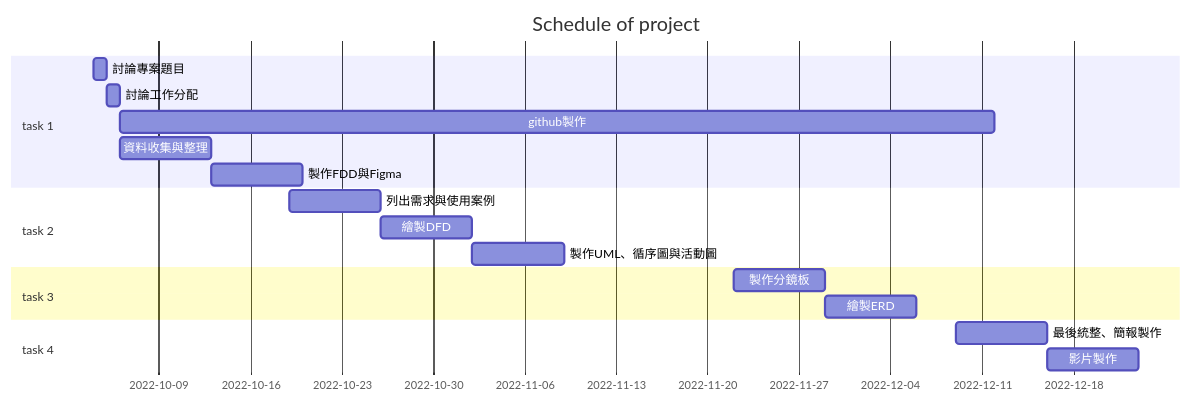
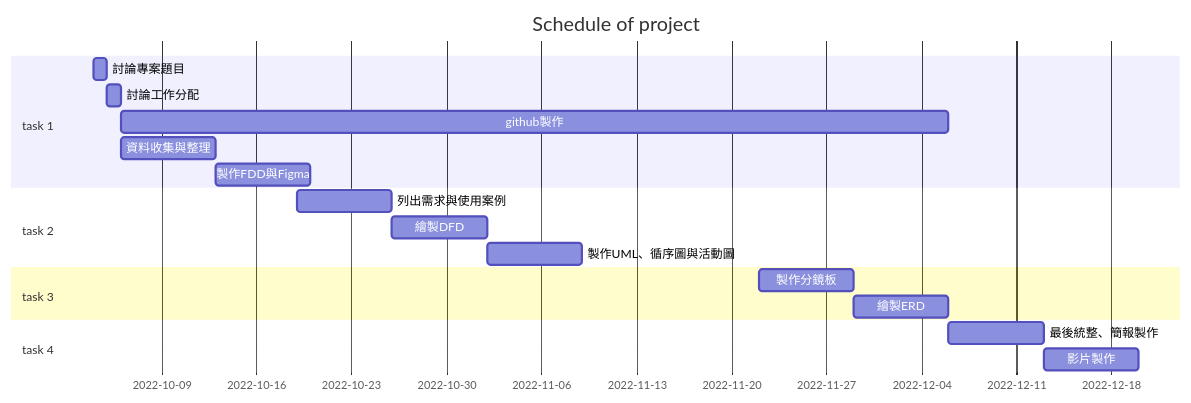
The diagram in README.md (Zhiyupan237/Group3), drawn with Mermaid before and after one commit. The commit also changed other lines of this file, not shown here.

````diff
--- a/README.md
+++ b/README.md
@@ -30,21 +30,21 @@
 ```mermaid
 gantt
     title Schedule of project
 
     section task 1
     討論專案題目       :a1, 2022-10-04, 1d
     討論工作分配     :a2,after a1  , 1d
-    github製作      :a3,after a2  , 67d
+    github製作      :a3,after a2  , 61d
     資料收集與整理    :a4,after a2  ,7d
     製作FDD與Figma   :a5,after a4  , 7d
     section task 2
     列出需求與使用案例 :a6,2022-10-19  , 7d
     繪製DFD         :a7,after a6  , 7d
     製作UML、循序圖與活動圖   :a8,after a7  , 7d
     section task 3
     製作分鏡板 :a9,2022-11-22  , 7d
     繪製ERD :a10,after a9  , 7d
     section task 4
-    最後統整、簡報製作 :a11,2022-12-9 , 7d
+    最後統整、簡報製作 :a11,after a3 , 7d
     影片製作 :a12,after a11 , 7d
 ```      
````
